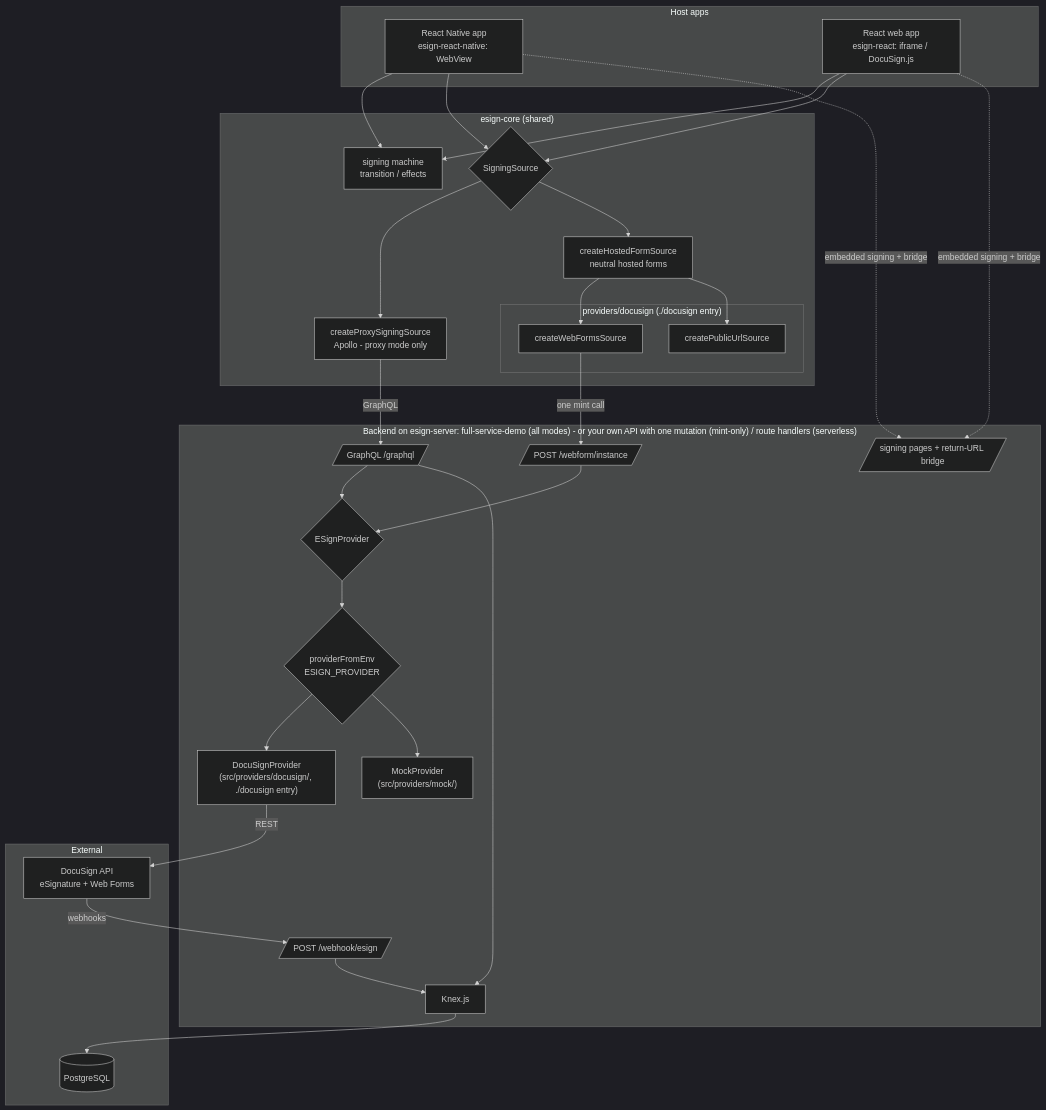
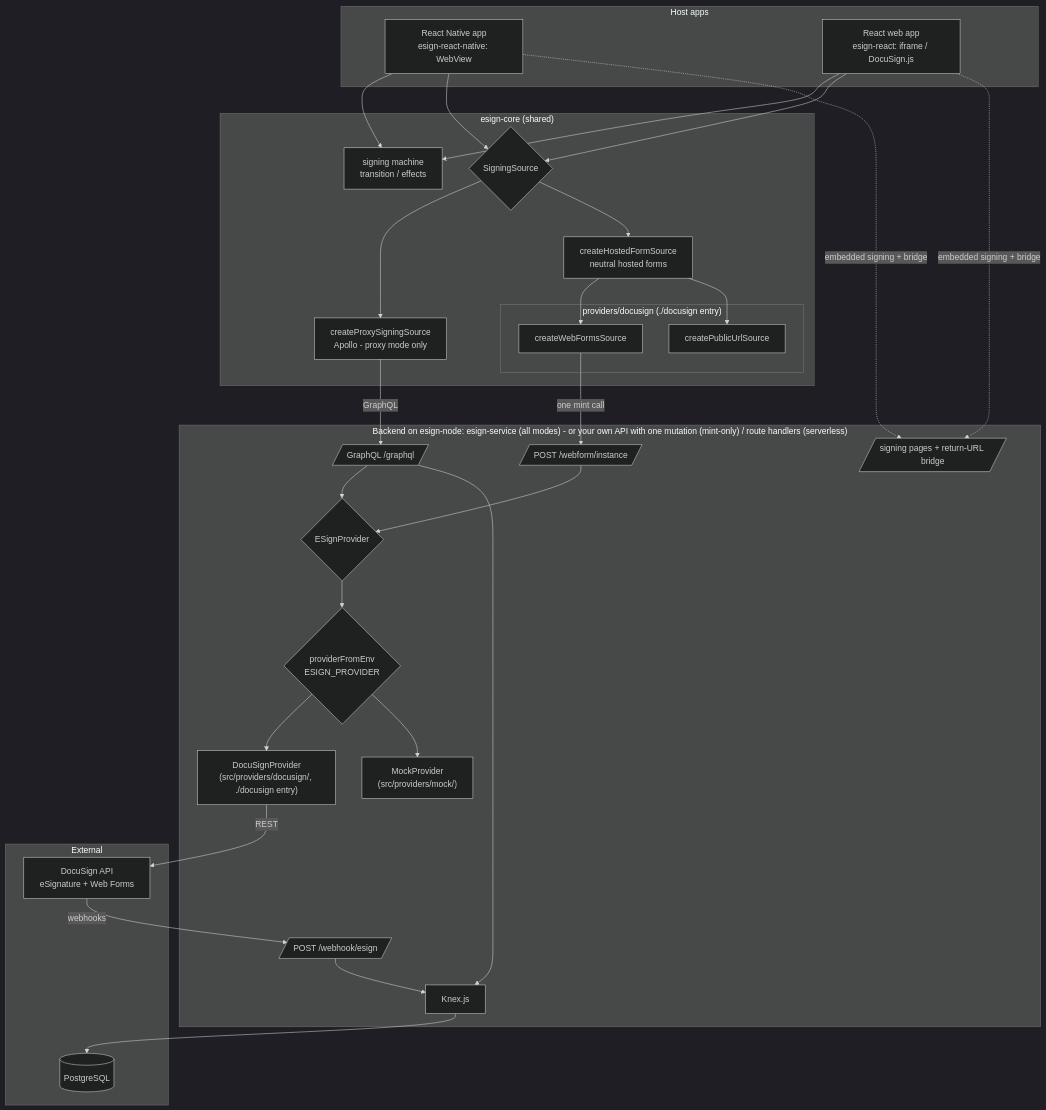
The diagram in docs/diagrams/src/system-architecture.mmd (blinkbitcoin/esign), drawn with Mermaid (dark theme) before and after one commit. The commit also changed 304 other files, not shown here.

First line of the commit message:
refactor(node): rename esign-server to esign-node and promote the service package (#83)

```diff
--- a/docs/diagrams/src/system-architecture.mmd
+++ b/docs/diagrams/src/system-architecture.mmd
@@ -1,53 +1,53 @@
 flowchart TB
     subgraph Hosts["Host apps"]
         RN[React Native app<br/>esign-react-native: WebView]
         WEB[React web app<br/>esign-react: iframe / DocuSign.js]
     end
 
     subgraph Core["esign-core (shared)"]
         MACHINE[signing machine<br/>transition / effects]
         SRC{SigningSource}
         PROXY[createProxySigningSource<br/>Apollo - proxy mode only]
         HF[createHostedFormSource<br/>neutral hosted forms]
         subgraph CoreDS["providers/docusign (./docusign entry)"]
             WF[createWebFormsSource]
             PUB[createPublicUrlSource]
         end
     end
 
-    subgraph Backend["Backend on esign-server: full-service-demo (all modes) - or your own API with one mutation (mint-only) / route handlers (serverless)"]
+    subgraph Backend["Backend on esign-node: esign-service (all modes) - or your own API with one mutation (mint-only) / route handlers (serverless)"]
         GQL[/"GraphQL /graphql"/]
         WFI[/"POST /webform/instance"/]
         WH[/"POST /webhook/esign"/]
         SP[/"signing pages + return-URL bridge"/]
         PROV{ESignProvider}
         DS["DocuSignProvider<br/>(src/providers/docusign/, ./docusign entry)"]
         MOCK["MockProvider<br/>(src/providers/mock/)"]
         REG{providerFromEnv<br/>ESIGN_PROVIDER}
         KNEX[Knex.js]
     end
 
     subgraph External["External"]
         DOCU[DocuSign API<br/>eSignature + Web Forms]
         DB[(PostgreSQL)]
     end
 
     RN --> MACHINE
     WEB --> MACHINE
     RN --> SRC
     WEB --> SRC
     SRC --> PROXY & HF
     HF --> WF & PUB
     PROXY -->|GraphQL| GQL
     WF -->|one mint call| WFI
     GQL --> PROV
     WFI --> PROV
     PROV --> REG
     REG --> DS & MOCK
     DS -->|REST| DOCU
     DOCU -->|webhooks| WH
     GQL --> KNEX
     WH --> KNEX
     KNEX --> DB
     RN -.->|embedded signing + bridge| SP
     WEB -.->|embedded signing + bridge| SP
```
